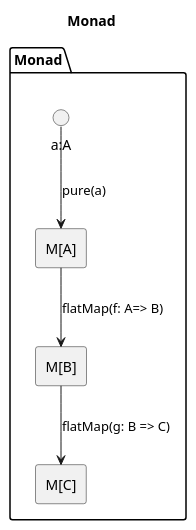
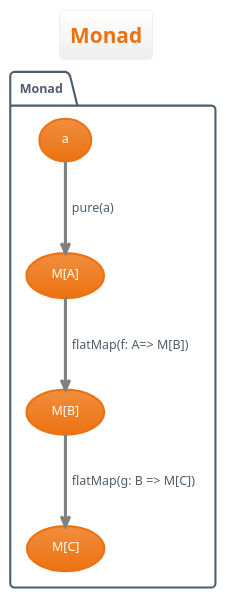
One commit to mavaji/free-monad changed the diagram in docs/03-monad.md. Above: the diagram before and after it, drawn with PlantUML. The commit also changed 9 other files, not shown here.

Commit message:
Update diagrams

````diff
--- a/docs/03-monad.md
+++ b/docs/03-monad.md
@@ -1,20 +1,22 @@
 ```plantuml
 @startuml
+!theme aws-orange
+skinparam defaultFontName "Gabriele Black Ribbon FG"
 title Monad
 
 package "Monad" {
-  circle "a:A" as a
-  rectangle "M[A]" as pure
-  rectangle "M[B]" as f
-  rectangle "M[C]" as g
+  (a)
+  (M[A]) as pure
+  (M[B]) as mb
+  (M[C]) as mc
 }
 
 ' Value lifted into monad
-a --> pure : "pure(a)"
+a -[#gray]-> pure : "pure(a)"
 
 ' Chaining operations with flatMap
-pure --> f : "flatMap(f: A=> B)"
-f --> g : "flatMap(g: B => C)"
+pure -[#gray]-> mb : "flatMap(f: A=> M[B])"
+mb -[#gray]-> mc : "flatMap(g: B => M[C])"
 
 @enduml
 ```
````
